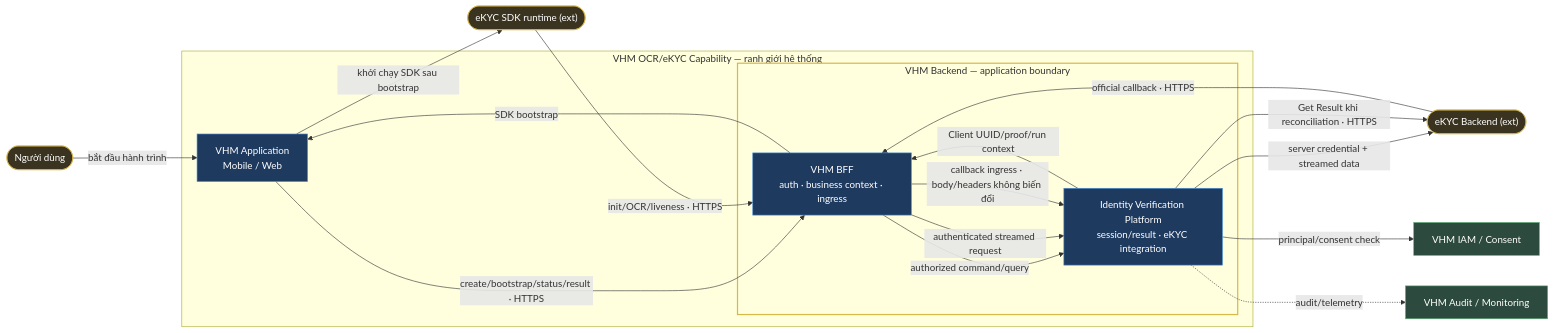
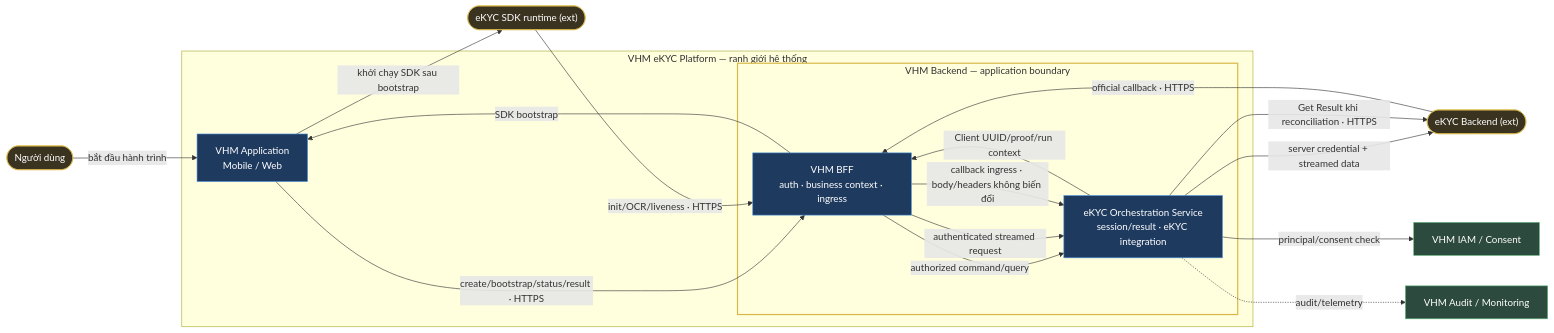
One commit to huynv-xyz/vhm changed the second of 16 diagrams in README.md. Above: the diagram before and after it, drawn with Mermaid. The commit also changed other lines of this file, not shown here.

````diff
--- a/README.md
+++ b/README.md
@@ -362,36 +365,36 @@
 ```mermaid
 flowchart LR
     USER(["Người dùng"]):::entity
     SDK(["eKYC SDK runtime (ext)"]):::entity
     BACKEND(["eKYC Backend (ext)"]):::entity
     IAM["VHM IAM / Consent"]:::owned
     OBS["VHM Audit / Monitoring"]:::owned
 
-    subgraph SYS["VHM OCR/eKYC Capability — ranh giới hệ thống"]
+    subgraph SYS["VHM eKYC Platform — ranh giới hệ thống"]
         APP["VHM Application<br/>Mobile / Web"]:::bc
         subgraph VHMBE["VHM Backend — application boundary"]
             BFF["VHM BFF<br/>auth · business context · ingress"]:::bc
-            IVP["Identity Verification Platform<br/>session/result · eKYC integration"]:::bc
+            Orchestrator["eKYC Orchestration Service<br/>session/result · eKYC integration"]:::bc
         end
     end
 
     USER -->|bắt đầu hành trình| APP
     APP -->|create/bootstrap/status/result · HTTPS| BFF
-    BFF -->|authorized command/query| IVP
-    IVP -->|Client UUID/proof/run context| BFF
+    BFF -->|authorized command/query| Orchestrator
+    Orchestrator -->|Client UUID/proof/run context| BFF
     BFF -->|SDK bootstrap| APP
     APP -->|khởi chạy SDK sau bootstrap| SDK
     SDK -->|init/OCR/liveness · HTTPS| BFF
-    BFF -->|authenticated streamed request| IVP
-    IVP -->|server credential + streamed data| BACKEND
+    BFF -->|authenticated streamed request| Orchestrator
+    Orchestrator -->|server credential + streamed data| BACKEND
     BACKEND -->|official callback · HTTPS| BFF
-    BFF -->|callback ingress · body/headers không biến đổi| IVP
-    IVP -->|Get Result khi reconciliation · HTTPS| BACKEND
-    IVP -->|principal/consent check| IAM
-    IVP -.->|audit/telemetry| OBS
+    BFF -->|callback ingress · body/headers không biến đổi| Orchestrator
+    Orchestrator -->|Get Result khi reconciliation · HTTPS| BACKEND
+    Orchestrator -->|principal/consent check| IAM
+    Orchestrator -.->|audit/telemetry| OBS
 
     classDef bc fill:#1f3a5f,stroke:#4a90d9,color:#fff;
     classDef owned fill:#2d4a3e,stroke:#5fb37a,color:#fff;
     classDef entity fill:#3a3320,stroke:#d9b84a,color:#fff;
     style VHMBE stroke:#d9b84a,stroke-width:2px
 ```
````
